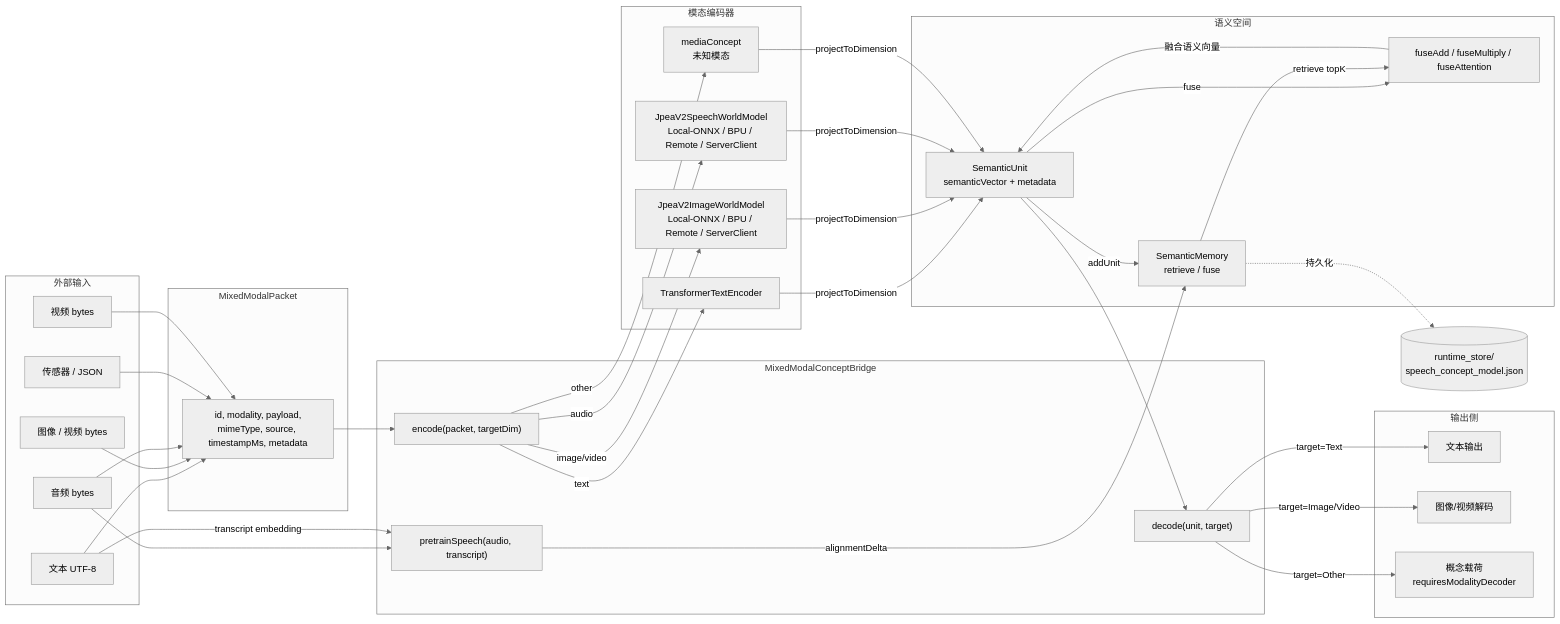
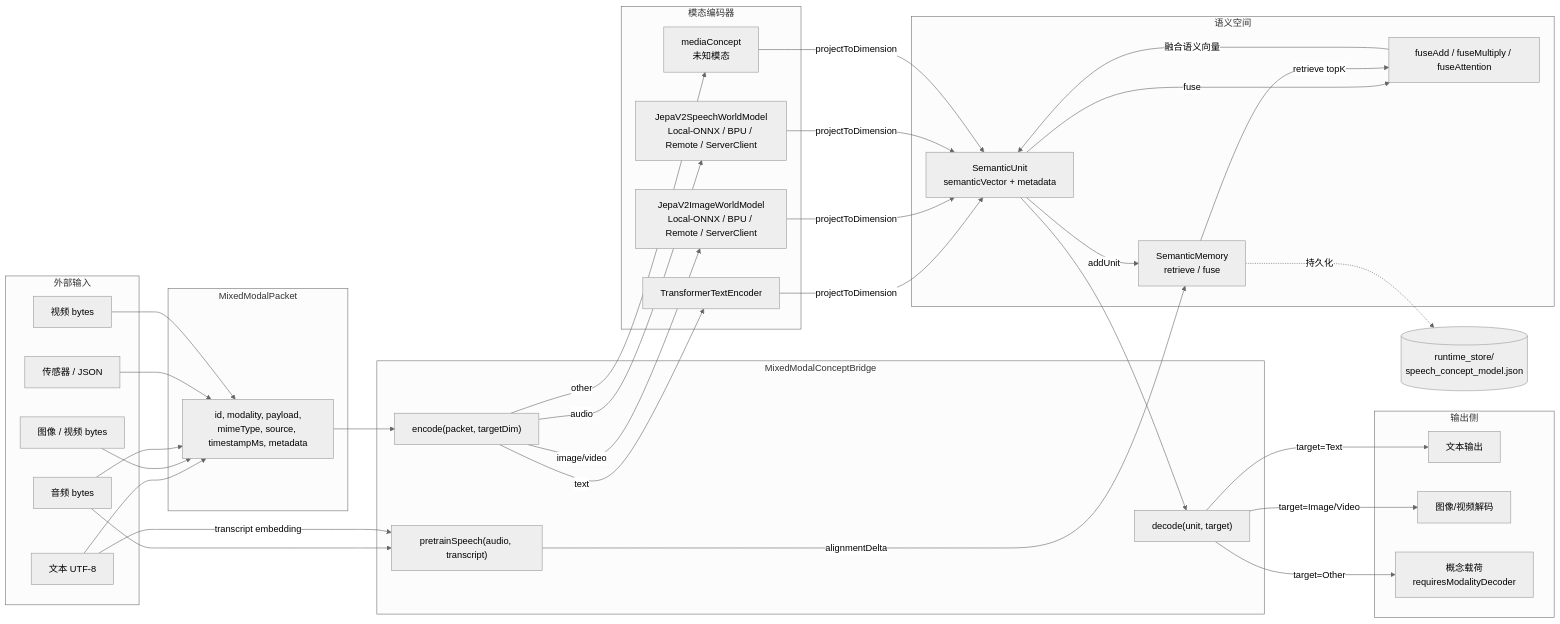
Before and after one commit to mumu2009/phoenix: the third of 9 diagrams in doc/v7.0/dataflow.md, drawn with Mermaid (neutral theme). The commit also changed other lines of this file and 98 other files, not shown here.

````diff
--- a/doc/v7.0/dataflow.md
+++ b/doc/v7.0/dataflow.md
@@ -214,72 +214,72 @@
 ```mermaid
 flowchart LR
     subgraph IN["外部输入"]
         TEXT["文本 UTF-8"]
         IMG_IN["图像 / 视频 bytes"]
         AUD["音频 bytes"]
         SNS["传感器 / JSON"]
         VID["视频 bytes"]
     end
 
     subgraph PACK["MixedModalPacket"]
         P["id, modality, payload,<br/>mimeType, source, timestampMs, metadata"]
     end
 
     subgraph BRIDGE["MixedModalConceptBridge"]
         ENC["encode(packet, targetDim)"]
         DEC["decode(unit, target)"]
         PRE["pretrainSpeech(audio, transcript)"]
     end
 
     subgraph ENC_LAYER["模态编码器"]
         TE["TransformerTextEncoder"]
-        JW["JpeaV2ImageWorldModel<br/>Local-ONNX / BPU / Remote / ServerClient"]
-        SW["JpeaV2SpeechWorldModel<br/>Local-ONNX / BPU / Remote / ServerClient"]
+        JW["JepaV2ImageWorldModel<br/>Local-ONNX / BPU / Remote / ServerClient"]
+        SW["JepaV2SpeechWorldModel<br/>Local-ONNX / BPU / Remote / ServerClient"]
         MC["mediaConcept<br/>未知模态"]
     end
 
     subgraph SEM["语义空间"]
         SU["SemanticUnit<br/>semanticVector + metadata"]
         SM["SemanticMemory<br/>retrieve / fuse"]
         FUSE["fuseAdd / fuseMultiply / fuseAttention"]
     end
 
     subgraph OUT["输出侧"]
         OT["文本输出"]
         OI["图像/视频解码"]
         OO["概念载荷<br/>requiresModalityDecoder"]
     end
 
     TEXT --> P
     IMG_IN --> P
     AUD --> P
     SNS --> P
     VID --> P
 
     P --> ENC
 
     ENC -->|text| TE
     ENC -->|image/video| JW
     ENC -->|audio| SW
     ENC -->|other| MC
 
     TE -->|projectToDimension| SU
     JW -->|projectToDimension| SU
     SW -->|projectToDimension| SU
     MC -->|projectToDimension| SU
 
     SU -->|addUnit| SM
     SU -->|fuse| FUSE
     SM -->|retrieve topK| FUSE
     FUSE -->|融合语义向量| SU
 
     SU --> DEC
     DEC -->|target=Text| OT
     DEC -->|target=Image/Video| OI
     DEC -->|target=Other| OO
 
     AUD --> PRE
     TEXT -->|transcript embedding| PRE
     PRE -->|alignmentDelta| SM
     SM -.->|持久化| RS[(runtime_store/<br/>speech_concept_model.json)]
 ```
````
